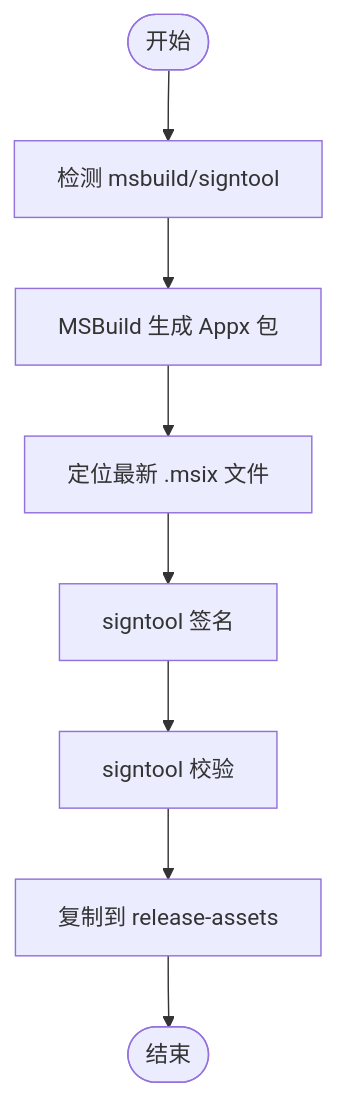
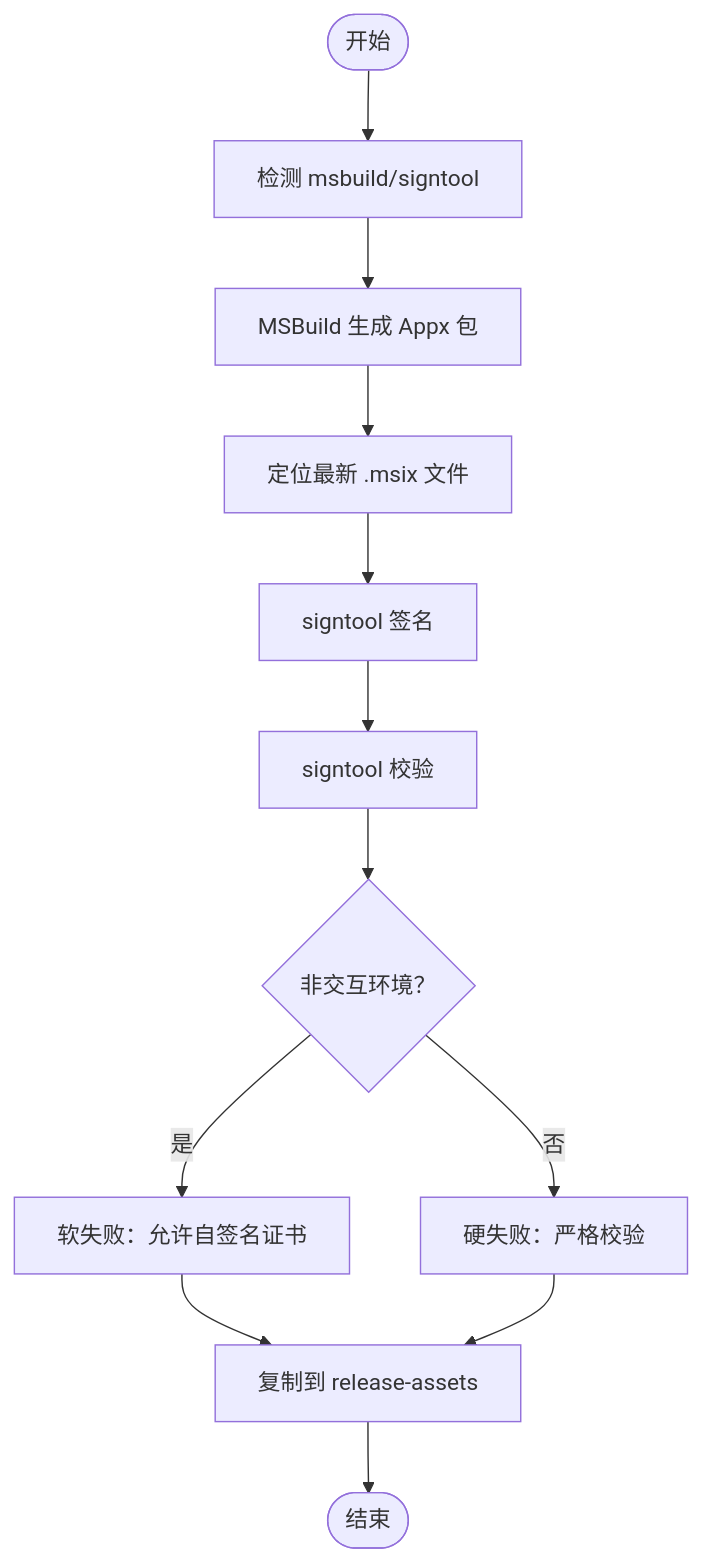
One commit to terwer/autojs6-dev-tools changed the sixth of 9 diagrams in .qoder/repowiki/zh/content/开发指南/部署与发布流程.md. Above: the diagram before and after it, drawn with Mermaid. The commit also changed other lines of this file and 3 other files, not shown here.

````diff
--- a/.qoder/repowiki/zh/content/开发指南/部署与发布流程.md
+++ b/.qoder/repowiki/zh/content/开发指南/部署与发布流程.md
@@ -373,10 +391,14 @@
 ```mermaid
 flowchart TD
 A(["开始"]) --> Detect["检测 msbuild/signtool"]
 Detect --> Build["MSBuild 生成 Appx 包"]
 Build --> Locate["定位最新 .msix 文件"]
 Locate --> Sign["signtool 签名"]
 Sign --> Verify["signtool 校验"]
-Verify --> Copy["复制到 release-assets"]
+Verify --> CheckEnv{"非交互环境？"}
+CheckEnv --> |是| SoftFail["软失败：允许自签名证书"]
+CheckEnv --> |否| HardFail["硬失败：严格校验"]
+SoftFail --> Copy["复制到 release-assets"]
+HardFail --> Copy
 Copy --> Z(["结束"])
 ```
````
